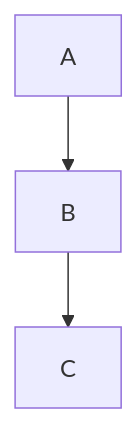
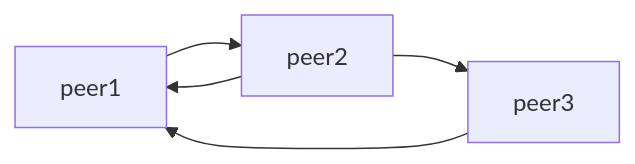
Before and after one commit to cainsusk/BitcoinCore-Architecture: the first of 5 diagrams in A1/a1presentation.md, drawn with Mermaid. The commit also changed other lines of this file and 2 other files, not shown here.

````diff
--- a/A1/a1presentation.md
+++ b/A1/a1presentation.md
@@ -309,5 +46,7 @@
 ```mermaid
-graph TD;
-        A --> B;
-        B --> C;
+graph LR;
+        peer1 --> peer2
+        peer2 --> peer1
+        peer3 --> peer1
+        peer2 --> peer3
 ```
````
